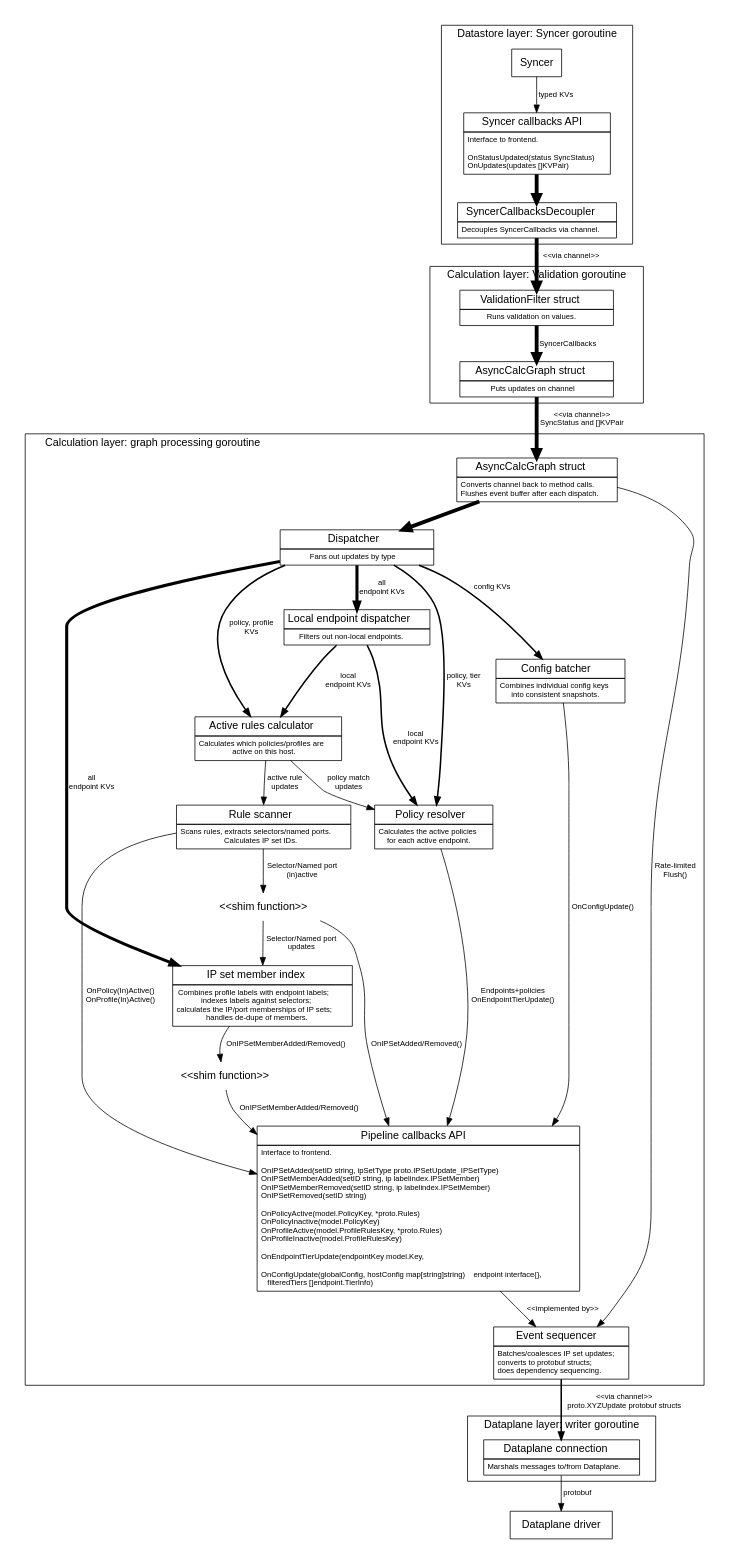
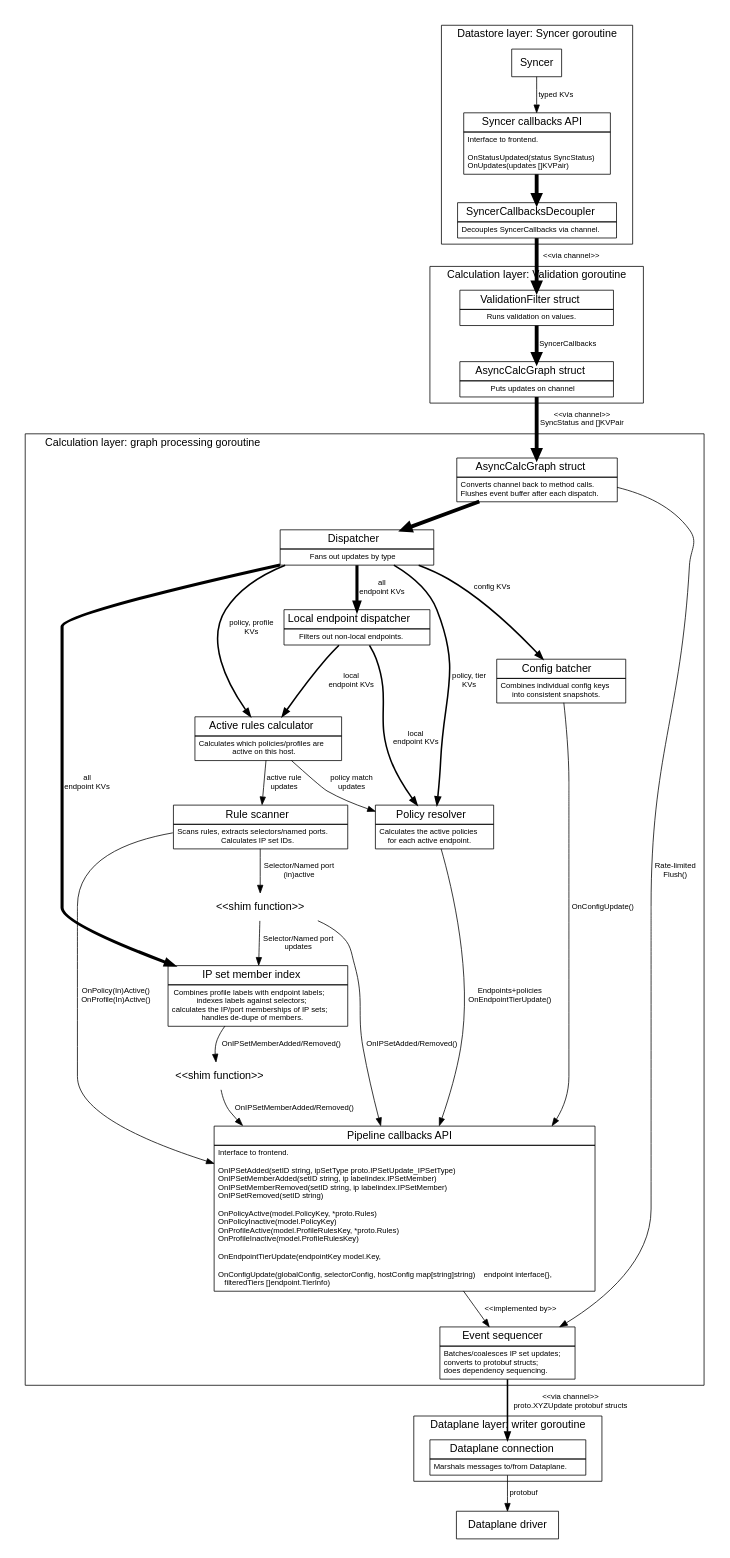
The diagram in felix/docs/calc.dot (khs1994-website/calico-docs.us-en), drawn with Graphviz before and after one commit. The commit also changed 123 other files, not shown here.

```diff
--- a/felix/docs/calc.dot
+++ b/felix/docs/calc.dot
@@ -1,174 +1,174 @@
 digraph G {
 size="7.5,10"
 labeljust="l"
 fontname=Helvetica;
 node [fontname=Helvetica]
 edge [fontname=Helvetica,fontsize=10]
 
     subgraph cluster0 {
     label="Datastore layer: Syncer goroutine";
 
         Syncer [shape=box]
 
         Syncer -> SyncerCallbacks [label="typed KVs"]
 
         SyncerCallbacks [label=<<table BORDER="0" CELLBORDER="1" CELLSPACING="0" CELLPADDING="4">
           <tr><td><font point-size="14">Syncer callbacks API</font></td></tr>
           <tr><td align="left"><font point-size="10">Interface to frontend.<BR ALIGN="LEFT"/>
 <BR ALIGN="LEFT"/>
 OnStatusUpdated(status SyncStatus)<BR ALIGN="LEFT"/>
 OnUpdates(updates []KVPair)<BR ALIGN="LEFT"/>
 </font></td></tr>
         </table>>, shape=none, margin=0];
 
         SyncerCallbacks -> SyncerCallbacksDecoupler [penwidth=5];
 
         SyncerCallbacksDecoupler [label=<<table BORDER="0" CELLBORDER="1" CELLSPACING="0" CELLPADDING="4">
           <tr><td><font point-size="14">SyncerCallbacksDecoupler</font></td></tr>
           <tr><td><font point-size="10">Decouples SyncerCallbacks via channel.</font></td></tr>
         </table>>, shape=none, margin=0];
     }
 
     subgraph cluster1 {
     label="Calculation layer: Validation goroutine";
         SyncerCallbacksDecoupler -> ValidationFilter [label="<<via channel>>" penwidth=5];
         ValidationFilter [label=<<table BORDER="0" CELLBORDER="1" CELLSPACING="0" CELLPADDING="4">
           <tr><td WIDTH="200"><font point-size="14" >ValidationFilter struct</font></td></tr>
           <tr><td><font point-size="10">Runs validation on values.</font></td></tr>
         </table>>, shape=none, margin=0]
         ValidationFilter -> AsyncCalcGraph [label="SyncerCallbacks", penwidth=5]
     }
 
     AsyncCalcGraph [label=<<table BORDER="0" CELLBORDER="1" CELLSPACING="0" CELLPADDING="4">
       <tr><td WIDTH="200"><font point-size="14" >AsyncCalcGraph struct</font></td></tr>
       <tr><td><font point-size="10">Puts updates on channel</font></td></tr>
     </table>>, shape=none, margin=0]
     AsyncCalcGraph -> AsyncCalcGraph2 [label="<<via channel>>\nSyncStatus and []KVPair", penwidth=5]
 
     subgraph cluster2 {
     label="Calculation layer: graph processing goroutine";
 
         AsyncCalcGraph2 [label=<<table BORDER="0" CELLBORDER="1" CELLSPACING="0" CELLPADDING="4">
           <tr><td WIDTH="200"><font point-size="14" >AsyncCalcGraph struct</font></td></tr>
           <tr><td><font point-size="10">Converts channel back to method calls.<BR ALIGN="LEFT"/>Flushes event buffer after each dispatch.</font></td></tr>
         </table>>, shape=none, margin=0]
         AsyncCalcGraph2 -> Dispatcher [penwidth=5]
         AsyncCalcGraph2 -> EventBuffer [label="Rate-limited\nFlush()"]
 
         subgraph {
             /* Put some padding either side of the Dispatcher. */
             rank=same; nodepadding1; Dispatcher; nodepadding2;
             nodepadding1 [style=invisible,fixedsize=true,width=4]
             nodepadding2 [style=invisible,fixedsize=true,width=4]
             nodepadding1 -> Dispatcher [style=invis];
             Dispatcher -> nodepadding2 [style=invis];
         }
 
         Dispatcher [label=<<table BORDER="0" CELLBORDER="1" CELLSPACING="0" CELLPADDING="4">
           <tr><td WIDTH="200"><font point-size="14" >Dispatcher</font></td></tr>
           <tr><td><font point-size="10">Fans out updates by type</font></td></tr>
         </table>>, shape=none, margin=0]
         Dispatcher -> PolicyResolver [label="policy, tier\nKVs", penwidth=2]
         Dispatcher -> ActiveRulesCalc [label="policy, profile\nKVs", penwidth=2]
 
         Dispatcher -> LocalDispatcher [label="all\nendpoint KVs", penwidth=4];
         Dispatcher -> MemberCalc [label="all\nendpoint KVs", penwidth=4];
         Dispatcher -> ConfigBatcher [label="config KVs", penwidth=2];
 
 
         LocalDispatcher [label=<<table BORDER="0" CELLBORDER="1" CELLSPACING="0" CELLPADDING="4">
           <tr><td><font point-size="14">Local endpoint dispatcher</font></td></tr>
           <tr><td><font point-size="10">Filters out non-local endpoints.</font></td></tr>
         </table>>, shape=none, margin=0]
         LocalDispatcher -> ActiveRulesCalc [label="local\nendpoint KVs", penwidth=2];
         LocalDispatcher -> PolicyResolver [label="local\nendpoint KVs", penwidth=2]
 
         ConfigBatcher [label=<<table BORDER="0" CELLBORDER="1" CELLSPACING="0" CELLPADDING="4">
           <tr><td><font point-size="14">Config batcher</font></td></tr>
           <tr><td><font point-size="10">Combines individual config keys<BR ALIGN="LEFT"
                   />into consistent snapshots.</font></td></tr>
         </table>>, shape=none, margin=0]
         ConfigBatcher -> PipelineCallbacks [label="OnConfigUpdate()"]
 
         ActiveRulesCalc [label=<<table BORDER="0" CELLBORDER="1" CELLSPACING="0" CELLPADDING="4">
           <tr><td><font point-size="14">Active rules calculator</font></td></tr>
           <tr><td><font point-size="10">Calculates which policies/profiles are<br/>active on this host.</font></td></tr>
         </table>>, shape=none, margin=0];
         ActiveRulesCalc -> RuleScanner [label="active rule\nupdates"];
         ActiveRulesCalc -> PolicyResolver [label="policy match\nupdates"];
 
         "<<shim function>>" [shape=none]
 
         RuleScanner [label=<<table BORDER="0" CELLBORDER="1" CELLSPACING="0" CELLPADDING="4">
           <tr><td><font point-size="14">Rule scanner</font></td></tr>
           <tr><td><font point-size="10">Scans rules, extracts selectors/named ports.<br/>Calculates IP set IDs.</font></td></tr>
         </table>>, shape=none, margin=0];
 
         PolicyResolver [label=<<table BORDER="0" CELLBORDER="1" CELLSPACING="0" CELLPADDING="4">
           <tr><td><font point-size="14">Policy resolver</font></td></tr>
           <tr><td><font point-size="10">Calculates the active policies<br/>for each active endpoint.</font></td></tr>
         </table>>, shape=none, margin=0];
 
 
         MemberCalc [label=<<table BORDER="0" CELLBORDER="1" CELLSPACING="0" CELLPADDING="4">
           <tr><td><font point-size="14">IP set member index</font></td></tr>
           <tr><td><font point-size="10">Combines profile labels with endpoint labels;<br/>indexes labels against selectors;<br/>calculates the IP/port memberships of IP sets;<br/>handles de-dupe of members.</font></td></tr>
         </table>>, shape=none, margin=0];
 
 
         RuleScanner -> PipelineCallbacks [label="OnPolicy(In)Active()\nOnProfile(In)Active()"];
 
         RuleScannerShim [label="<<shim function>>", shape=none]
 
         RuleScanner -> RuleScannerShim [label="Selector/Named port\n(in)active"];
 
         RuleScannerShim -> MemberCalc [label="Selector/Named port\nupdates"]
         RuleScannerShim -> PipelineCallbacks [label="OnIPSetAdded/Removed()"];
 
         MemberCalc -> "<<shim function>>" [label="OnIPSetMemberAdded/Removed()"];
         "<<shim function>>" -> PipelineCallbacks [label="OnIPSetMemberAdded/Removed()"];
         PolicyResolver -> PipelineCallbacks [label="Endpoints+policies\nOnEndpointTierUpdate()"];
 
         PipelineCallbacks [label=<<table BORDER="0" CELLBORDER="1" CELLSPACING="0" CELLPADDING="4">
           <tr><td><font point-size="14">Pipeline callbacks API</font></td></tr>
           <tr><td align="left"><font point-size="10">Interface to frontend.<BR ALIGN="LEFT"/>
 <BR ALIGN="LEFT"/>
 OnIPSetAdded(setID string, ipSetType proto.IPSetUpdate_IPSetType)<BR ALIGN="LEFT"/>
 OnIPSetMemberAdded(setID string, ip labelindex.IPSetMember)<BR ALIGN="LEFT"/>
 OnIPSetMemberRemoved(setID string, ip labelindex.IPSetMember)<BR ALIGN="LEFT"/>
 OnIPSetRemoved(setID string)<BR ALIGN="LEFT"/>
 <BR ALIGN="LEFT"/>
 OnPolicyActive(model.PolicyKey, *proto.Rules)<BR ALIGN="LEFT"/>
 OnPolicyInactive(model.PolicyKey)<BR ALIGN="LEFT"/>
 OnProfileActive(model.ProfileRulesKey, *proto.Rules)<BR ALIGN="LEFT"/>
 OnProfileInactive(model.ProfileRulesKey)<BR ALIGN="LEFT"/>
 <BR ALIGN="LEFT"/>
 OnEndpointTierUpdate(endpointKey model.Key,<BR ALIGN="LEFT"/>
 <BR ALIGN="LEFT"/>
-OnConfigUpdate(globalConfig, hostConfig map[string]string)
+OnConfigUpdate(globalConfig, selectorConfig, hostConfig map[string]string)
     endpoint interface{},<BR ALIGN="LEFT"/>
     filteredTiers []endpoint.TierInfo)<BR ALIGN="LEFT"/>
 </font></td></tr>
         </table>>, shape=none, margin=0];
 
         PipelineCallbacks -> EventBuffer [label="<<implemented by>>"]
 
         EventBuffer [label=<<table BORDER="0" CELLBORDER="1" CELLSPACING="0" CELLPADDING="4">
           <tr><td><font point-size="14">Event sequencer</font></td></tr>
           <tr><td><font point-size="10">Batches/coalesces IP set updates;<BR ALIGN="LEFT"/>converts to protobuf structs;<BR ALIGN="LEFT"/>does dependency sequencing.<BR ALIGN="LEFT"/></font></td></tr>
         </table>>, shape=none, margin=0];
     }
 
     subgraph cluster3 {
     label="Dataplane layer: writer goroutine";
         DataplaneConnection [label=<<table BORDER="0" CELLBORDER="1" CELLSPACING="0" CELLPADDING="4">
           <tr><td><font point-size="14">Dataplane connection</font></td></tr>
           <tr><td><font point-size="10">Marshals messages to/from Dataplane.</font></td></tr>
         </table>>, shape=none, margin=0];
     }
 
 
     EventBuffer -> DataplaneConnection [label="<<via channel>>\nproto.XYZUpdate protobuf structs", penwidth=2]
     DataplaneConnection -> Dataplane [label="protobuf"];
     Dataplane [shape=box, label="Dataplane driver"];
 }
```
